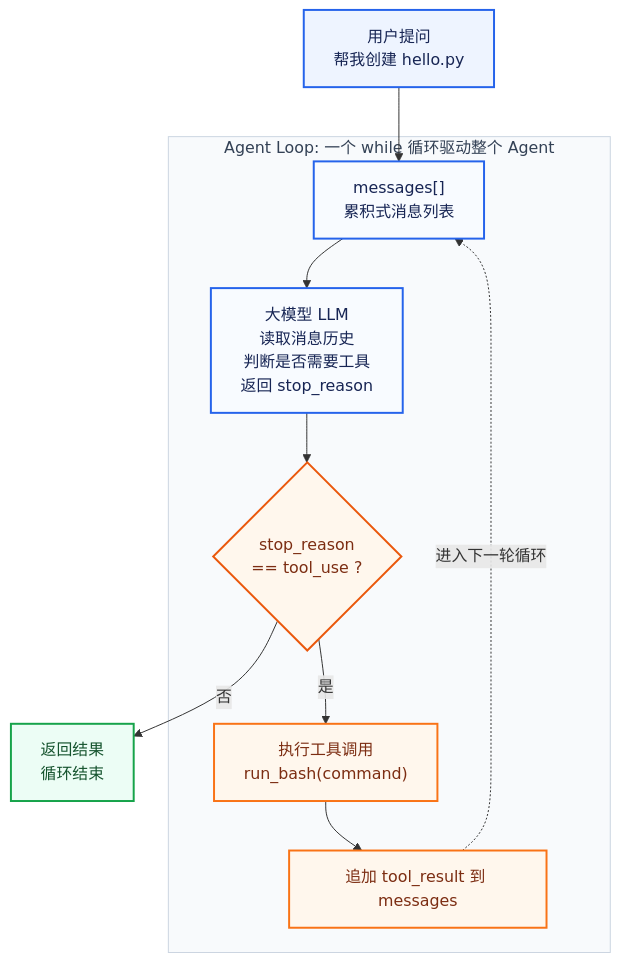
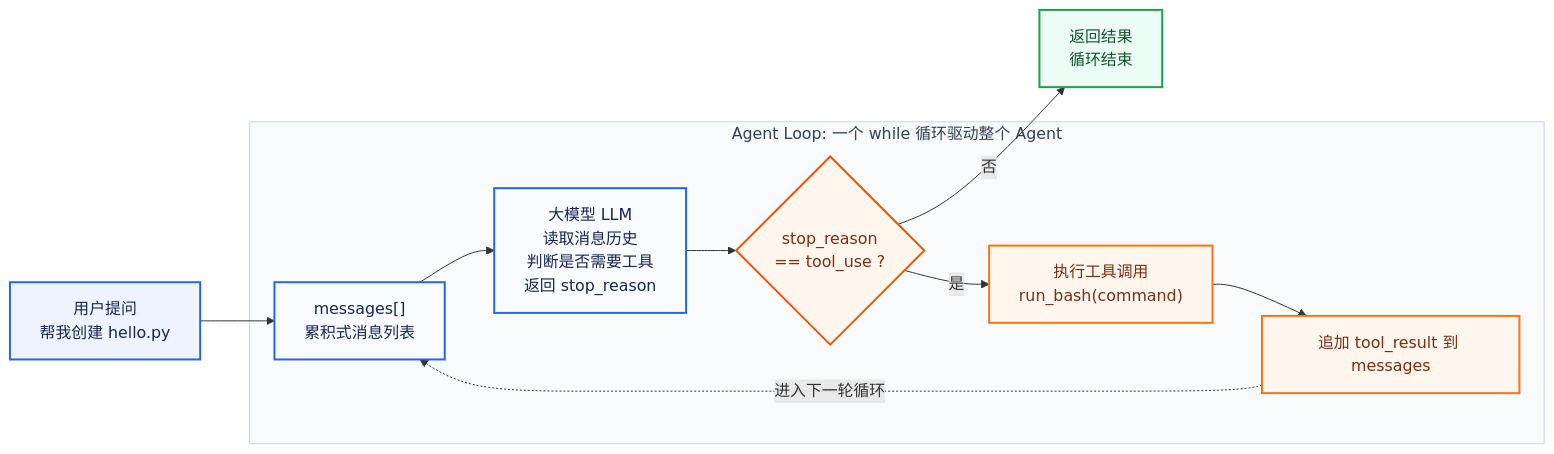
The diagram in docs/learning.md (GuoWei1998/CodeAgent), drawn with Mermaid before and after one commit.

Commit message:
调整架构图方向

````diff
--- a/docs/learning.md
+++ b/docs/learning.md
@@ -7,33 +7,33 @@
 ```mermaid
-flowchart TD
+flowchart LR
     Start["用户提问<br/>帮我创建 hello.py"] --> Messages["messages[]<br/>累积式消息列表"]
     Messages --> LLM["大模型 LLM<br/>读取消息历史<br/>判断是否需要工具<br/>返回 stop_reason"]
     LLM --> Decision{"stop_reason<br/>== tool_use ?"}
 
     Decision -- "否" --> Final["返回结果<br/>循环结束"]
     Decision -- "是" --> Tool["执行工具调用<br/>run_bash(command)"]
     Tool --> Append["追加 tool_result 到 messages"]
     Append -. "进入下一轮循环" .-> Messages
 
     subgraph Loop["Agent Loop: 一个 while 循环驱动整个 Agent"]
         Messages
         LLM
         Decision
         Tool
         Append
     end
 
     classDef user fill:#eef4ff,stroke:#2563eb,stroke-width:2px,color:#172554;
     classDef model fill:#f8fbff,stroke:#2563eb,stroke-width:2px,color:#172554;
     classDef decision fill:#fff7ed,stroke:#ea580c,stroke-width:2px,color:#7c2d12;
     classDef tool fill:#fff7ed,stroke:#f97316,stroke-width:2px,color:#7c2d12;
     classDef final fill:#ecfdf5,stroke:#16a34a,stroke-width:2px,color:#14532d;
     classDef loop fill:#f8fafc,stroke:#cbd5e1,stroke-width:1px,color:#334155;
 
     class Start user;
     class Messages,LLM model;
     class Decision decision;
     class Tool,Append tool;
     class Final final;
     class Loop loop;
 ```
````
